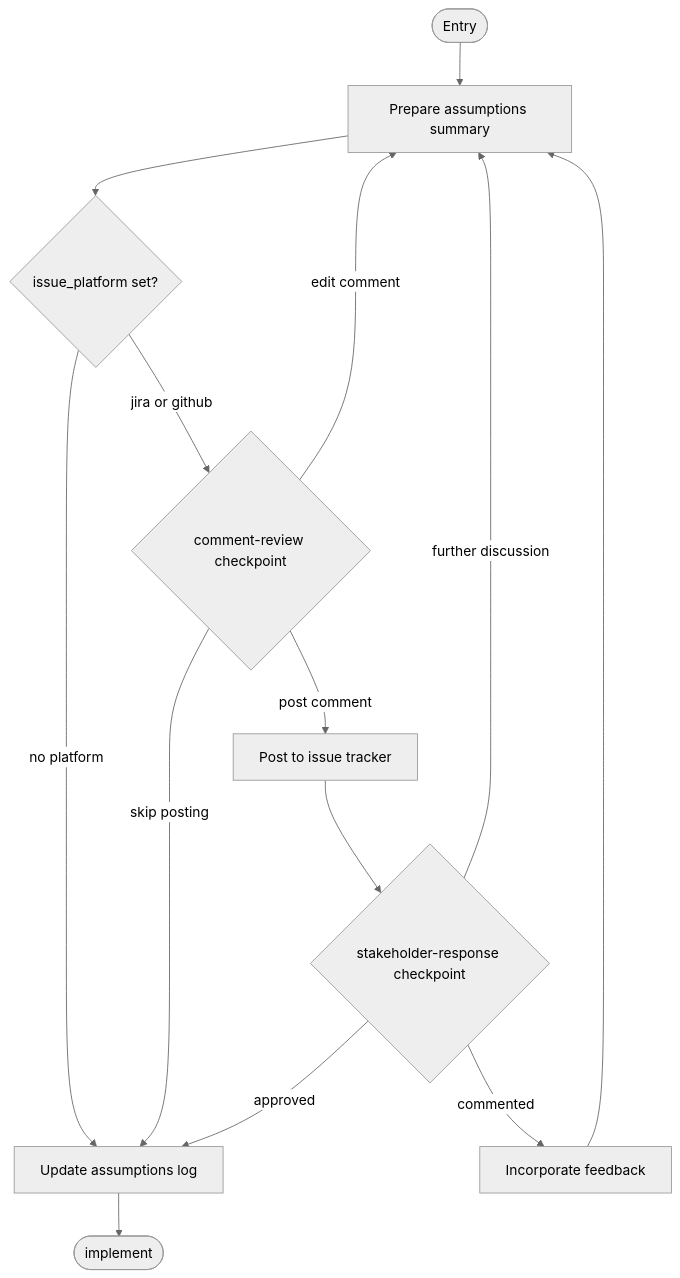
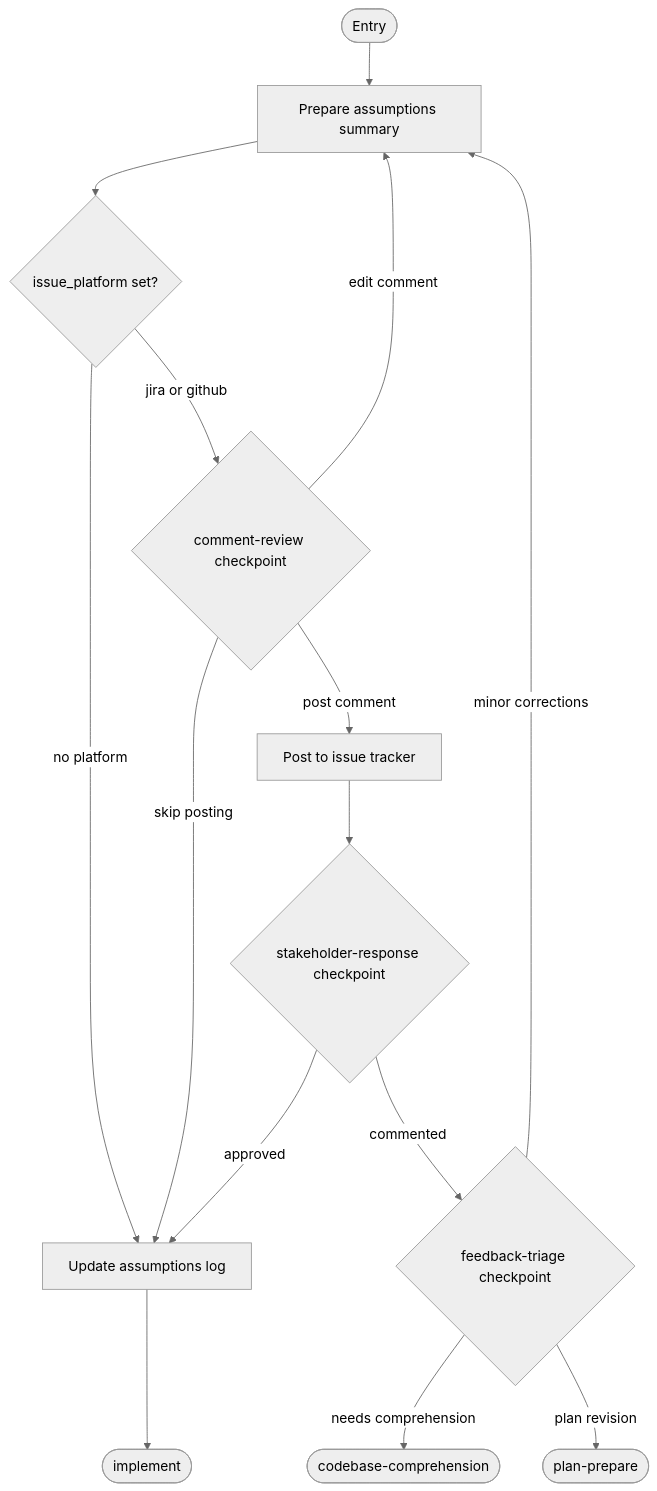
Before and after one commit to m2ux/workflow-server: the eighth of 14 diagrams in work-package/activities/README.md, drawn with Mermaid (neutral theme). The commit also changed other lines of this file and 2 other files, not shown here.

First line of the commit message:
feat(work-package): add feedback loop from assumptions-review to codebase-comprehension

````diff
--- a/work-package/activities/README.md
+++ b/work-package/activities/README.md
@@ -496,19 +504,21 @@
 ```mermaid
 graph TD
     entryNode(["Entry"]) --> prepSummary["Prepare assumptions summary"]
     prepSummary --> checkPlatform{"issue_platform set?"}
     checkPlatform -->|"jira or github"| cpComment{"comment-review checkpoint"}
     checkPlatform -->|"no platform"| updateLog["Update assumptions log"]
 
     cpComment -->|"post comment"| postComment["Post to issue tracker"]
     cpComment -->|"edit comment"| prepSummary
     cpComment -->|"skip posting"| updateLog
 
     postComment --> cpResponse{"stakeholder-response checkpoint"}
     cpResponse -->|"approved"| updateLog
-    cpResponse -->|"commented"| incorporateFeedback["Incorporate feedback"]
-    cpResponse -->|"further discussion"| prepSummary
-    incorporateFeedback --> prepSummary
+    cpResponse -->|"commented"| cpTriage{"feedback-triage checkpoint"}
+
+    cpTriage -->|"minor corrections"| prepSummary
+    cpTriage -->|"needs comprehension"| exitComprehension(["codebase-comprehension"])
+    cpTriage -->|"plan revision"| exitPlan(["plan-prepare"])
 
     updateLog --> exitNode(["implement"])
 ```
````
